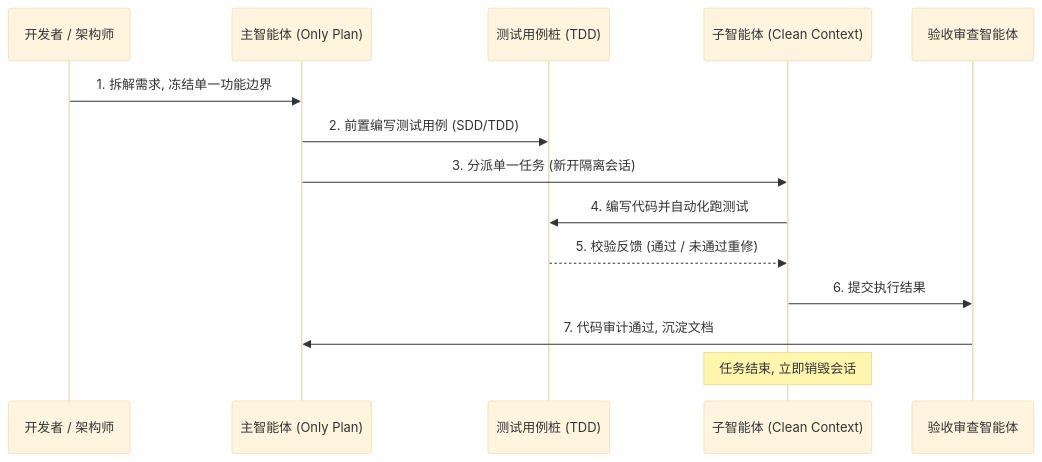
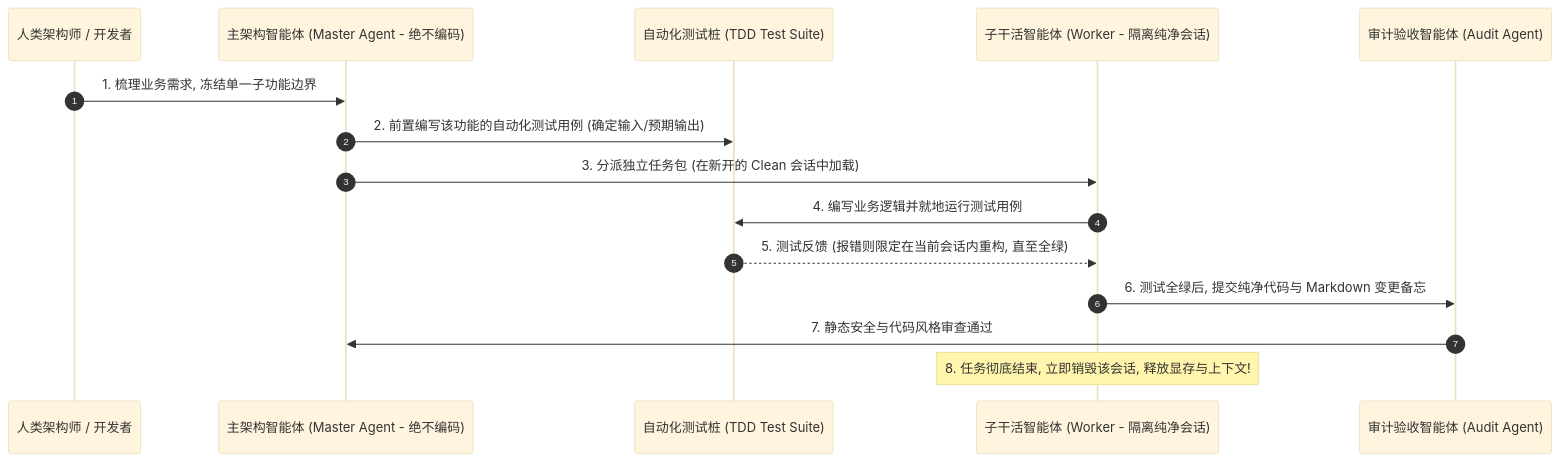
One commit to dollarser/knowledge changed the seventh of 9 diagrams in content/live-20261108-01.md. Above: the diagram before and after it, drawn with Mermaid (base theme). The commit also changed other lines of this file and 4 other files, not shown here.

````diff
--- a/content/live-20261108-01.md
+++ b/content/live-20261108-01.md
@@ -125,17 +251,18 @@
 ```mermaid
 sequenceDiagram
-    participant Dev as 开发者 / 架构师
-    participant Master as 主智能体 (Only Plan)
-    participant Test as 测试用例桩 (TDD)
-    participant Sub as 子智能体 (Clean Context)
-    participant Review as 验收审查智能体
+    autonumber
+    participant D as 人类架构师 / 开发者
+    participant M as 主架构智能体 (Master Agent - 绝不编码)
+    participant T as 自动化测试桩 (TDD Test Suite)
+    participant S as 子干活智能体 (Worker - 隔离纯净会话)
+    participant A as 审计验收智能体 (Audit Agent)
 
-    Dev->>Master: 1. 拆解需求, 冻结单一功能边界
-    Master->>Test: 2. 前置编写测试用例 (SDD/TDD)
-    Master->>Sub: 3. 分派单一任务 (新开隔离会话)
-    Sub->>Test: 4. 编写代码并自动化跑测试
-    Test-->>Sub: 5. 校验反馈 (通过 / 未通过重修)
-    Sub->>Review: 6. 提交执行结果
-    Review->>Master: 7. 代码审计通过, 沉淀文档
-    Note over Sub: 任务结束, 立即销毁会话
+    D->>M: 1. 梳理业务需求, 冻结单一子功能边界
+    M->>T: 2. 前置编写该功能的自动化测试用例 (确定输入/预期输出)
+    M->>S: 3. 分派独立任务包 (在新开的 Clean 会话中加载)
+    S->>T: 4. 编写业务逻辑并就地运行测试用例
+    T-->>S: 5. 测试反馈 (报错则限定在当前会话内重构, 直至全绿)
+    S->>A: 6. 测试全绿后, 提交纯净代码与 Markdown 变更备忘
+    A->>M: 7. 静态安全与代码风格审查通过
+    Note over S: 8. 任务彻底结束, 立即销毁该会话, 释放显存与上下文!
 ```
````
